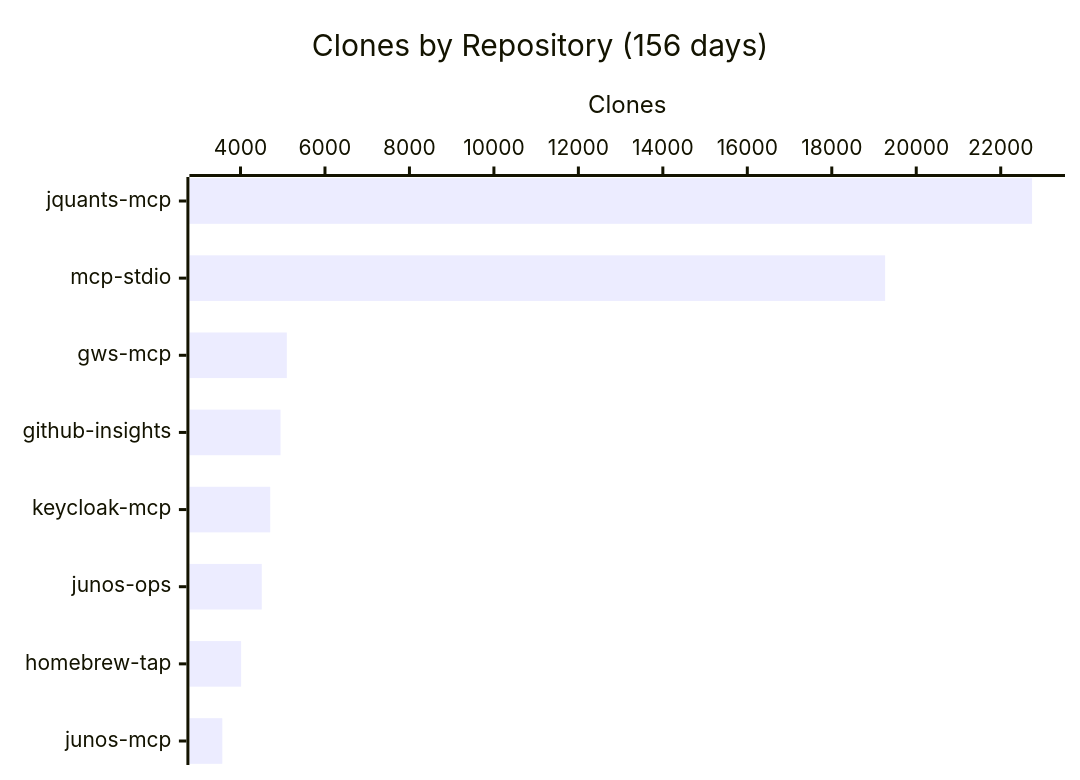
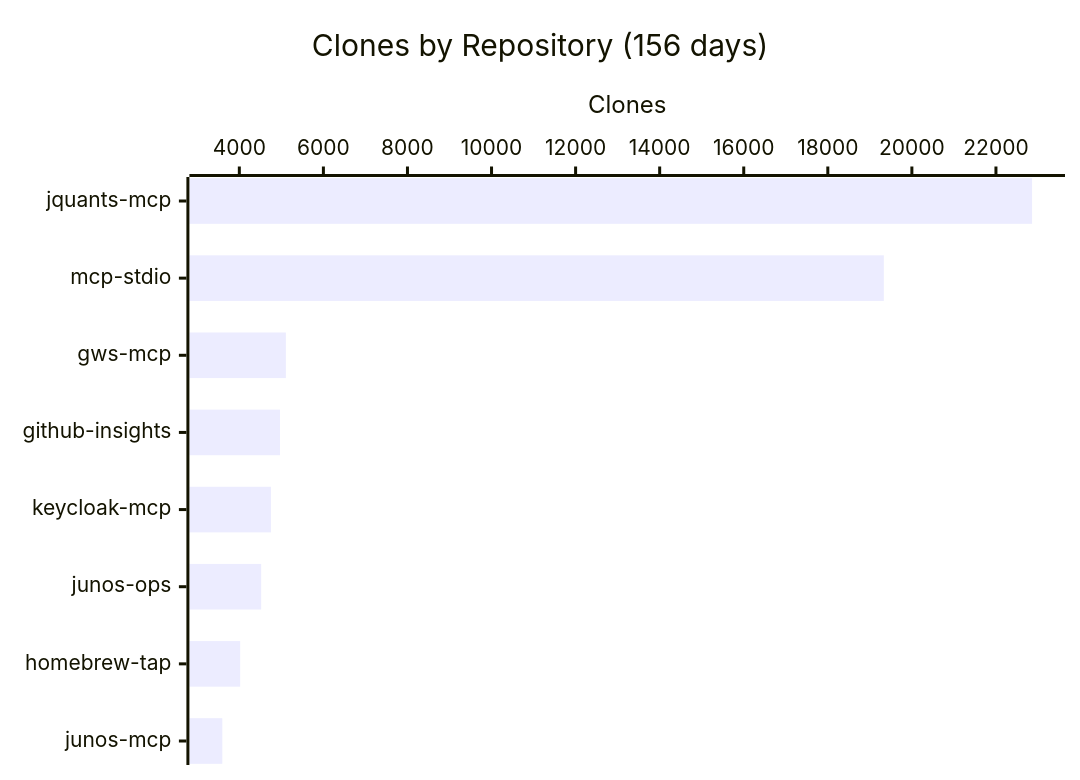
Before and after one commit to shigechika/github-insights: the fourth of 4 diagrams in README.md, drawn with Mermaid. The commit also changed other lines of this file and 2 other files, not shown here.

````diff
--- a/README.md
+++ b/README.md
@@ -58,7 +58,7 @@
 ```mermaid
 xychart-beta horizontal
     title "Clones by Repository (156 days)"
     x-axis ["jquants-mcp", "mcp-stdio", "gws-mcp", "github-insights", "keycloak-mcp", "junos-ops", "homebrew-tap", "junos-mcp"]
     y-axis "Clones"
-    bar [22743, 19263, 5096, 4947, 4703, 4503, 4014, 3569]
+    bar [22860, 19333, 5107, 4967, 4752, 4520, 4020, 3595]
 ```
````
